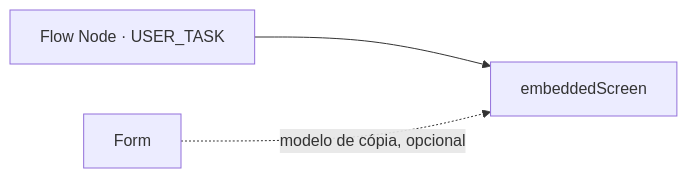
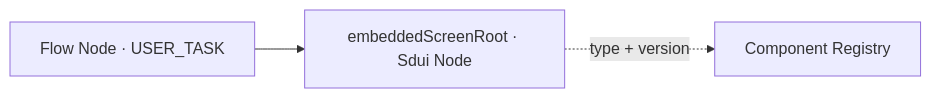
Before and after one commit to hermesnet-git/journey-admin: the second of 3 diagrams in requisitos/admin/ej-admin-modelo-dados-conceitual.md, drawn with Mermaid. The commit also changed other lines of this file and 230 other files, not shown here.

````diff
--- a/requisitos/admin/ej-admin-modelo-dados-conceitual.md
+++ b/requisitos/admin/ej-admin-modelo-dados-conceitual.md
@@ -242,9 +252,9 @@
 ```mermaid
 flowchart LR
     USER_TASK[Flow Node · USER_TASK]
-    SCREEN[embeddedScreen]
-    FORM[Form]
+    SCREEN[embeddedScreenRoot · Sdui Node]
+    REGISTRY[Component Registry]
 
     USER_TASK --> SCREEN
-    FORM -.->|modelo de cópia, opcional| SCREEN
+    SCREEN -.->|type + version| REGISTRY
 ```
````
